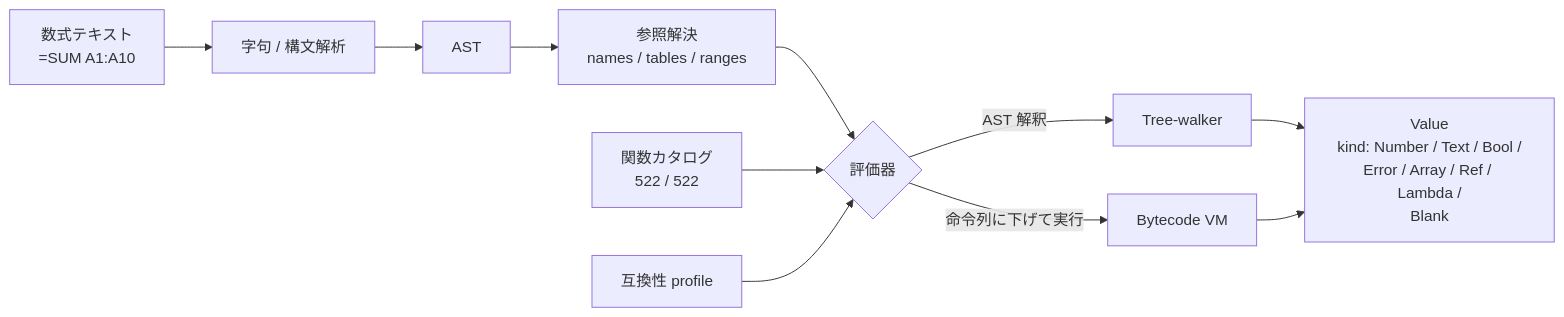
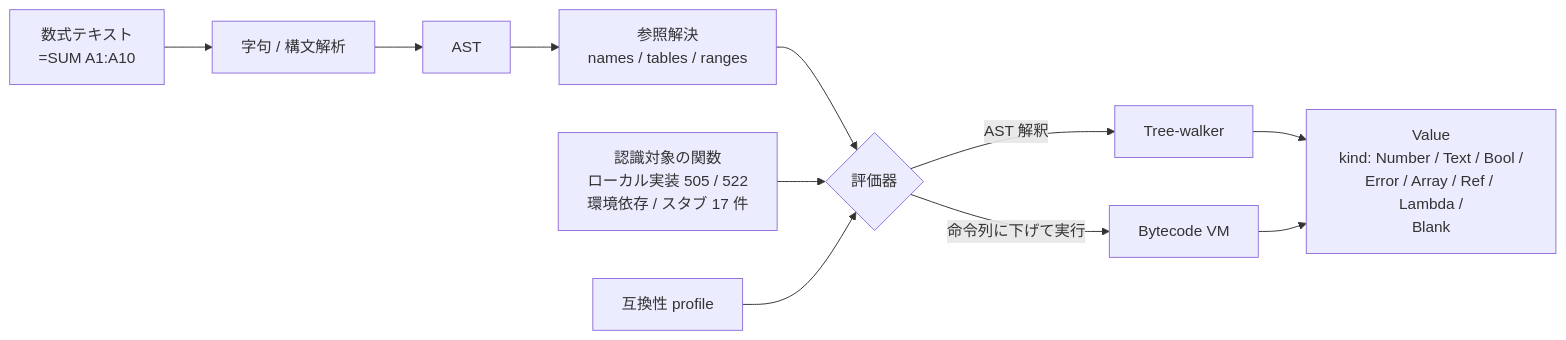
The diagram in src/ja/workbook/formula-engine.md (libraz/formulon-homepage), drawn with Mermaid before and after one commit. The commit also changed other lines of this file and 36 other files, not shown here.

````diff
--- a/src/ja/workbook/formula-engine.md
+++ b/src/ja/workbook/formula-engine.md
@@ -13,13 +13,13 @@
 ```mermaid
 flowchart LR
   TXT[数式テキスト<br/>=SUM A1:A10] --> LEX[字句 / 構文解析]
   LEX --> AST[AST]
   AST --> RESOLVE[参照解決<br/>names / tables / ranges]
   RESOLVE --> EVAL{評価器}
   EVAL -->|AST 解釈| TW[Tree-walker]
   EVAL -->|命令列に下げて実行| BC[Bytecode VM]
-  REG[関数カタログ<br/>522 / 522] --> EVAL
+  REG[認識対象の関数<br/>ローカル実装 505 / 522<br/>環境依存 / スタブ 17 件] --> EVAL
   PROF[互換性 profile] --> EVAL
   TW --> VAL[Value<br/>kind: Number / Text / Bool /<br/>Error / Array / Ref / Lambda /<br/>Blank]
   BC --> VAL
 ```
````
